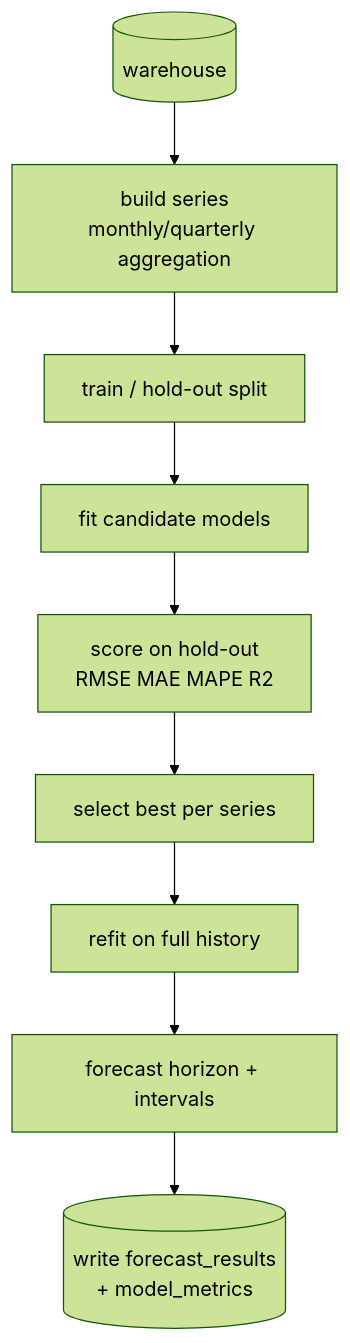
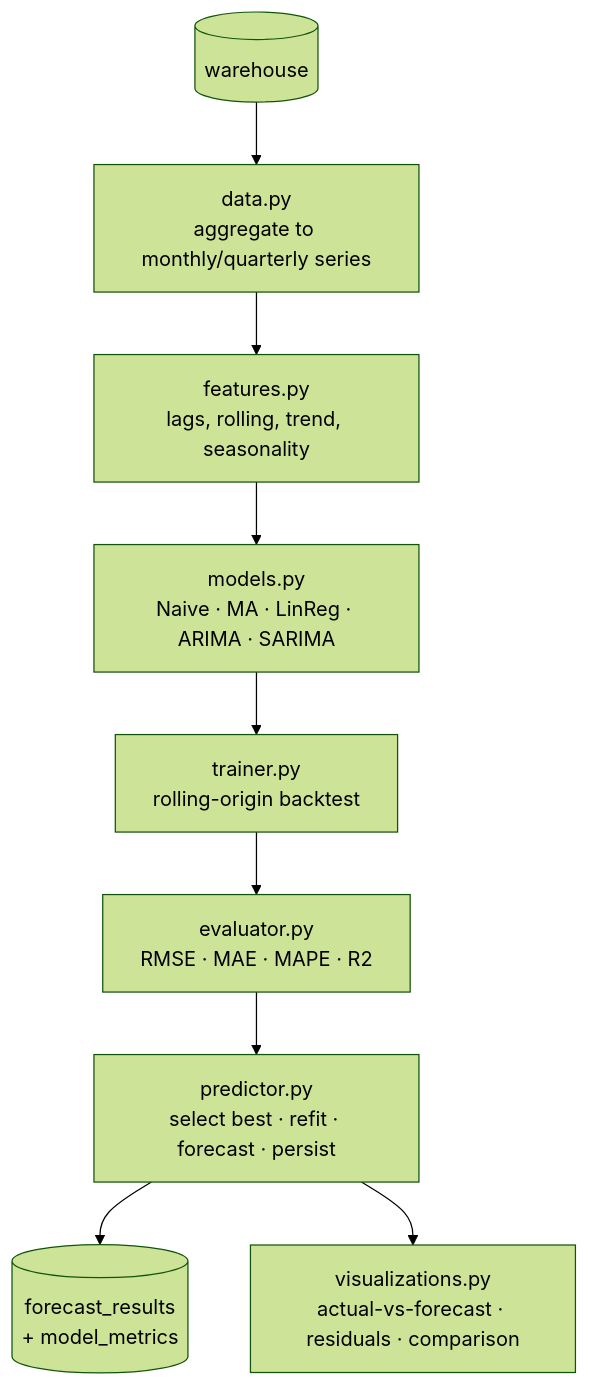
Before and after one commit to vinayakarya02/ForecastIQ: the diagram in docs/forecasting.md, drawn with Mermaid (forest theme). The commit also changed other lines of this file and 19 other files, not shown here.

````diff
--- a/docs/forecasting.md
+++ b/docs/forecasting.md
@@ -10,11 +14,11 @@
 ```mermaid
 flowchart TB
-    A[(warehouse)] --> B[build series<br/>monthly/quarterly aggregation]
-    B --> C[train / hold-out split]
-    C --> D[fit candidate models]
-    D --> E[score on hold-out<br/>RMSE MAE MAPE R2]
-    E --> F[select best per series]
-    F --> G[refit on full history]
-    G --> H[forecast horizon + intervals]
-    H --> I[(write forecast_results<br/>+ model_metrics)]
+    A[(warehouse)] --> B[data.py<br/>aggregate to monthly/quarterly series]
+    B --> C[features.py<br/>lags, rolling, trend, seasonality]
+    C --> D[models.py<br/>Naive · MA · LinReg · ARIMA · SARIMA]
+    D --> E[trainer.py<br/>rolling-origin backtest]
+    E --> F[evaluator.py<br/>RMSE · MAE · MAPE · R2]
+    F --> G[predictor.py<br/>select best · refit · forecast · persist]
+    G --> H[(forecast_results<br/>+ model_metrics)]
+    G --> I[visualizations.py<br/>actual-vs-forecast · residuals · comparison]
 ```
````
